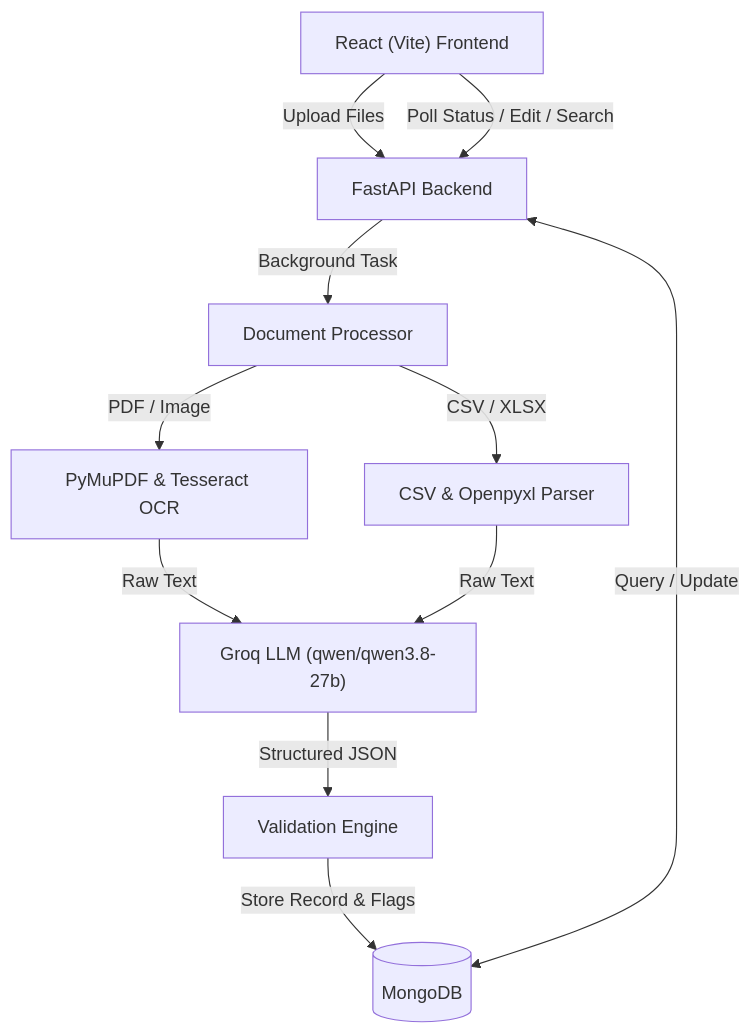
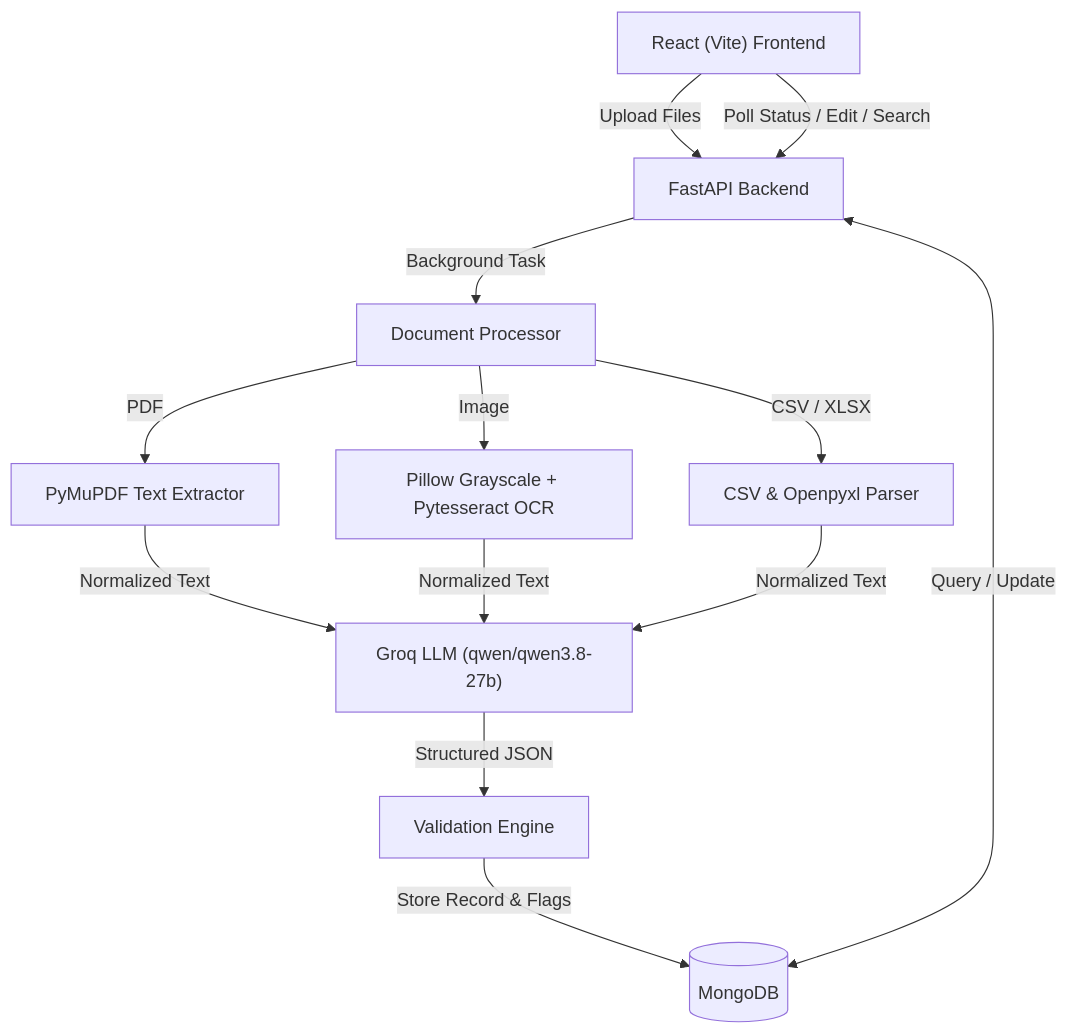
Before and after one commit to Nafizul125/AI-Powered-Document-Intelligence-System: the first of 2 diagrams in README.md, drawn with Mermaid. The commit also changed other lines of this file and 1 other file, not shown here.

````diff
--- a/README.md
+++ b/README.md
@@ -17,13 +17,15 @@
 ```mermaid
 graph TD
     Client["React (Vite) Frontend"] -->|Upload Files| API["FastAPI Backend"]
     Client -->|Poll Status / Edit / Search| API
     API -->|Background Task| Processor["Document Processor"]
-    Processor -->|PDF / Image| OCR["PyMuPDF & Tesseract OCR"]
-    Processor -->|CSV / XLSX| Parser["CSV & Openpyxl Parser"]
-    OCR -->|Raw Text| AI["Groq LLM (qwen/qwen3.8-27b)"]
-    Parser -->|Raw Text| AI
+    Processor -->|PDF| PDFParser["PyMuPDF Text Extractor"]
+    Processor -->|Image| OCR["Pillow Grayscale + Pytesseract OCR"]
+    Processor -->|CSV / XLSX| Tabular["CSV & Openpyxl Parser"]
+    PDFParser -->|Normalized Text| AI["Groq LLM (qwen/qwen3.8-27b)"]
+    OCR -->|Normalized Text| AI
+    Tabular -->|Normalized Text| AI
     AI -->|Structured JSON| Validator["Validation Engine"]
     Validator -->|Store Record & Flags| DB[("MongoDB")]
     API <-->|Query / Update| DB
 ```
````
